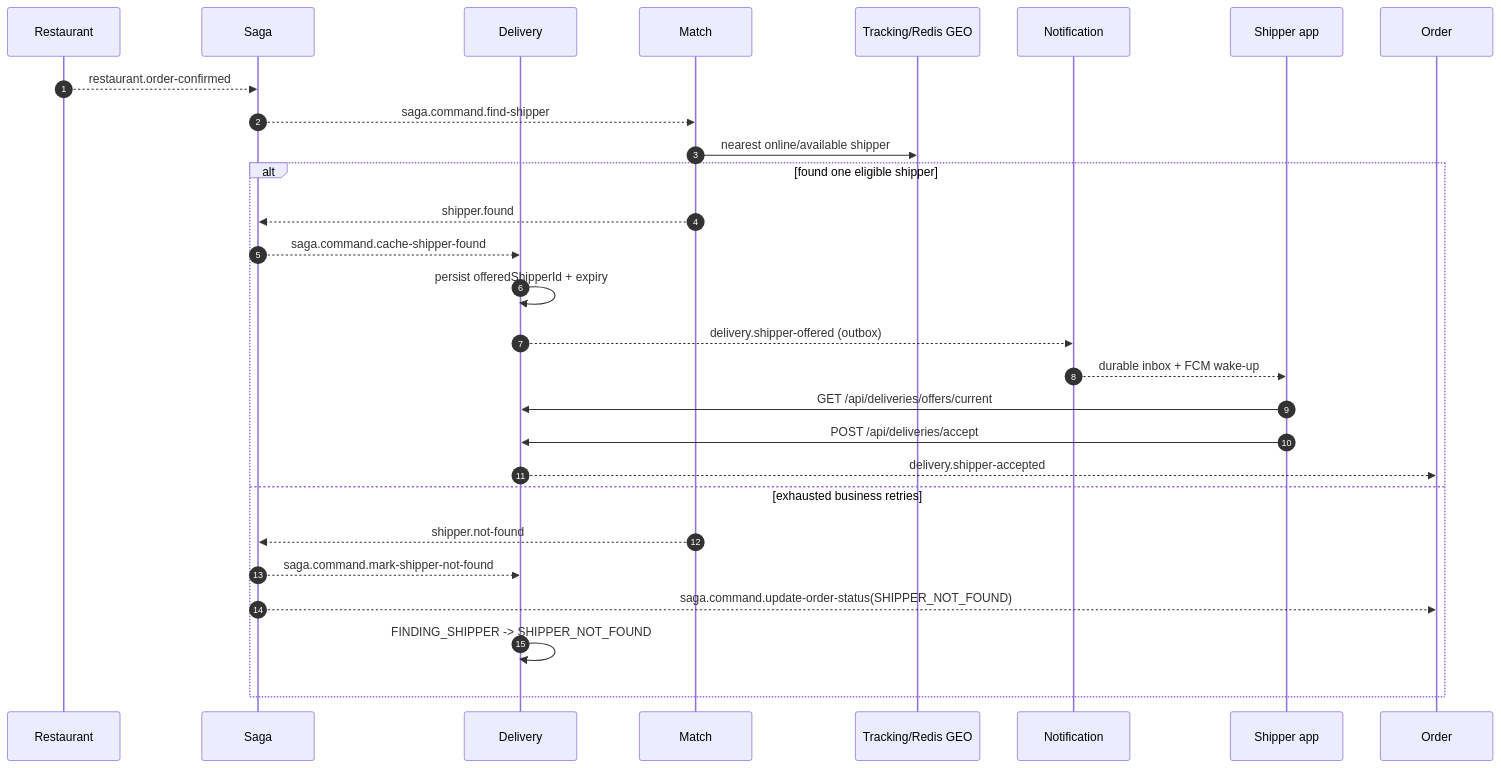
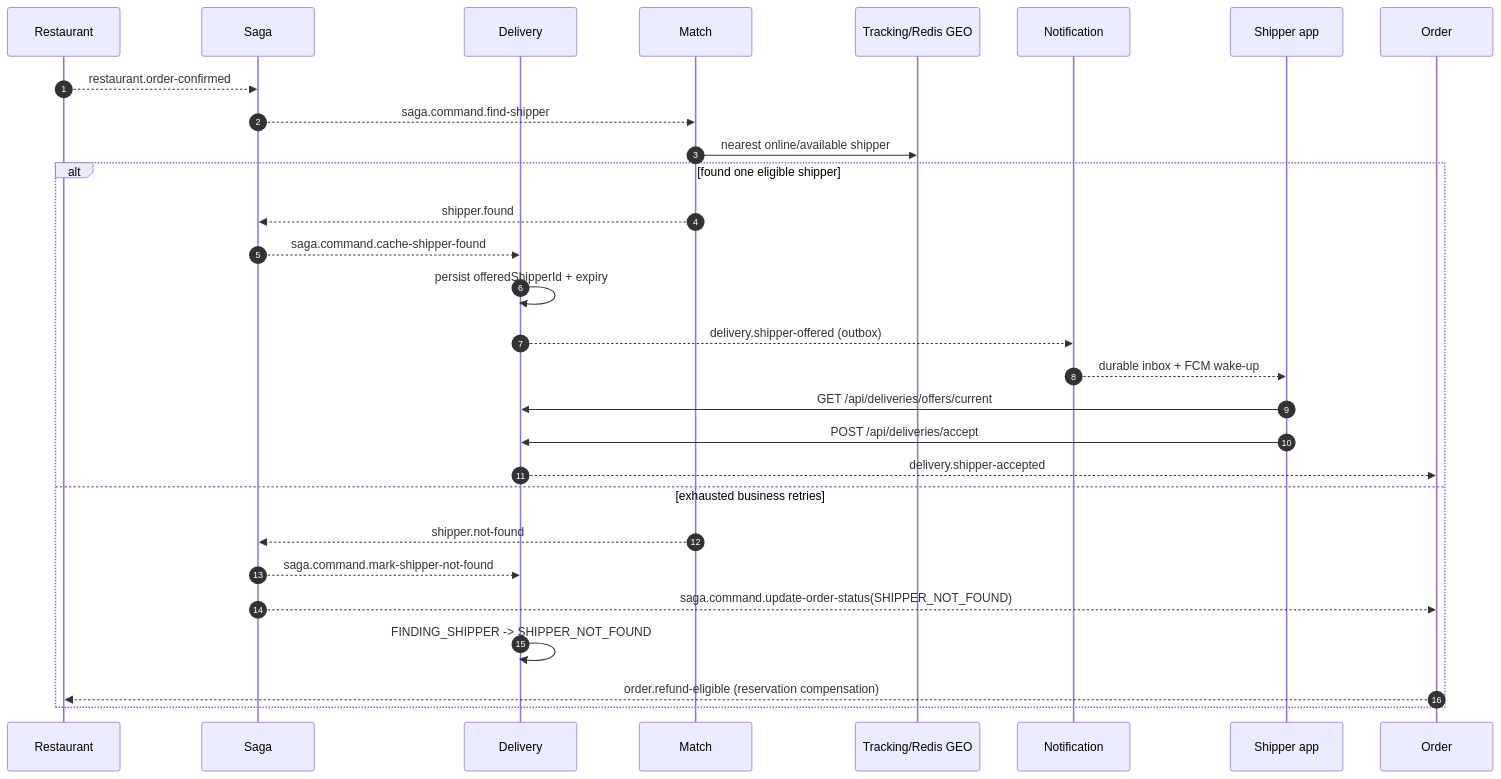
Before and after one commit to hoanganhnth/delivery_backend: the diagram in docs/workflows/delivery_matching_tracking.md, drawn with Mermaid. The commit also changed other lines of this file and 26 other files, not shown here.

Commit message:
feat(refund): cover no-shipper compensation boundary

````diff
--- a/docs/workflows/delivery_matching_tracking.md
+++ b/docs/workflows/delivery_matching_tracking.md
@@ -9,31 +9,32 @@
 ```mermaid
 sequenceDiagram
     autonumber
     participant R as Restaurant
     participant S as Saga
     participant D as Delivery
     participant M as Match
     participant T as Tracking/Redis GEO
     participant N as Notification
     participant A as Shipper app
     participant O as Order
 
     R-->>S: restaurant.order-confirmed
     S-->>M: saga.command.find-shipper
     M->>T: nearest online/available shipper
     alt found one eligible shipper
         M-->>S: shipper.found
         S-->>D: saga.command.cache-shipper-found
         D->>D: persist offeredShipperId + expiry
         D-->>N: delivery.shipper-offered (outbox)
         N-->>A: durable inbox + FCM wake-up
         A->>D: GET /api/deliveries/offers/current
         A->>D: POST /api/deliveries/accept
         D-->>O: delivery.shipper-accepted
     else exhausted business retries
         M-->>S: shipper.not-found
         S-->>D: saga.command.mark-shipper-not-found
         S-->>O: saga.command.update-order-status(SHIPPER_NOT_FOUND)
         D->>D: FINDING_SHIPPER -> SHIPPER_NOT_FOUND
+        O-->>R: order.refund-eligible (reservation compensation)
     end
 ```
````
